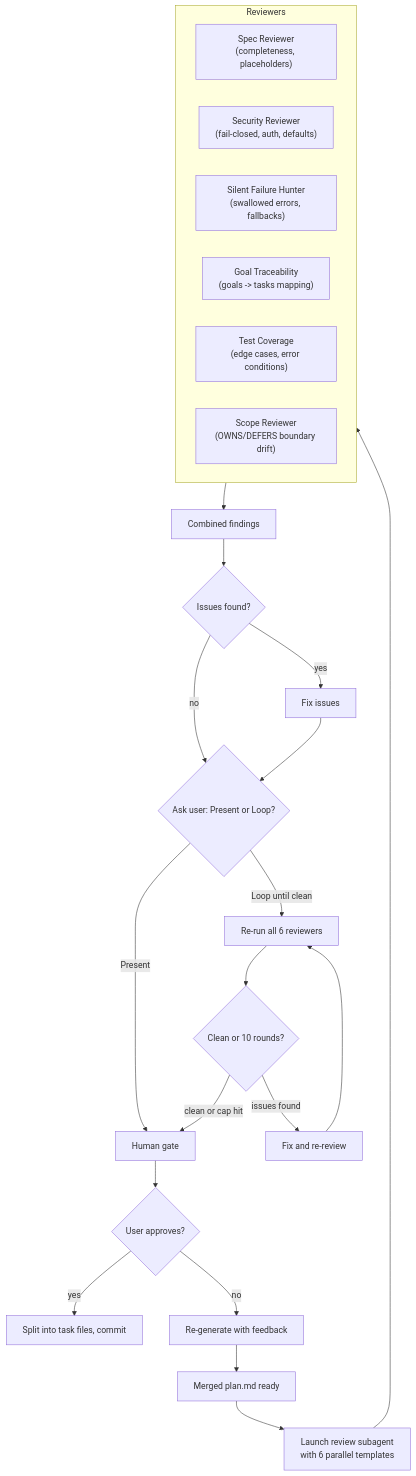
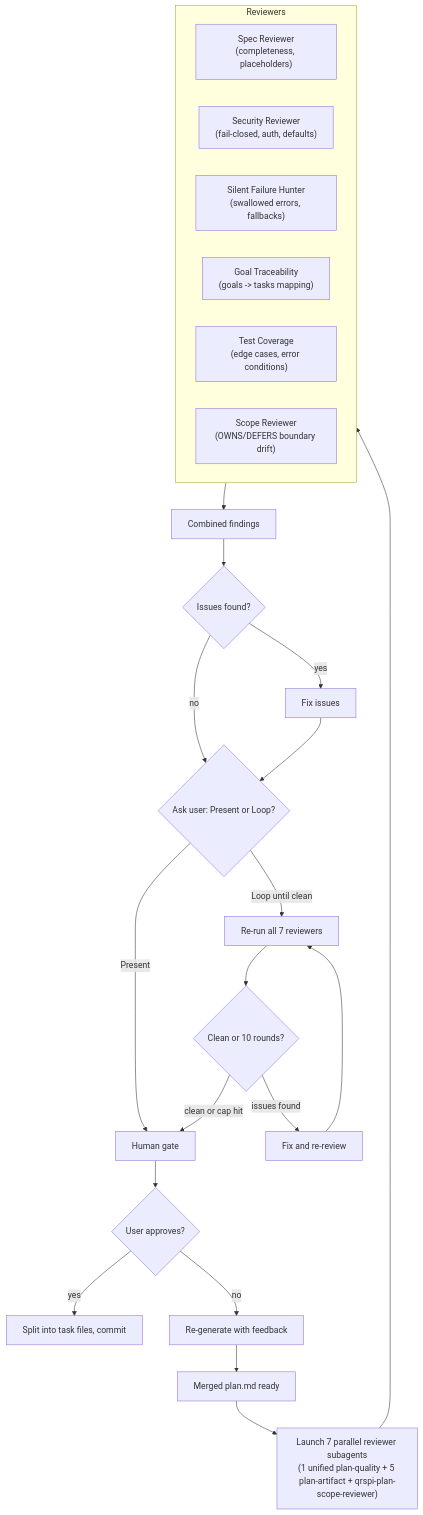
Diagram 20 of 20 in README.md (dfrysinger/qrspi-plus), drawn with Mermaid before and after one commit. The commit also changed other lines of this file and 113 other files, not shown here.

Commit message:
v0.5: #110 — all subagents in agent files (design spec) (#124)

````diff
--- a/README.md
+++ b/README.md
@@ -531,30 +531,30 @@
 ```mermaid
 flowchart TD
-    A["Merged plan.md ready"] --> B["Launch review subagent<br>with 6 parallel templates"]
+    A["Merged plan.md ready"] --> B["Launch 7 parallel reviewer subagents<br>(1 unified plan-quality + 5 plan-artifact + qrspi-plan-scope-reviewer)"]
 
     subgraph reviewers["Reviewers"]
         R1["Spec Reviewer<br>(completeness, placeholders)"]
         R2["Security Reviewer<br>(fail-closed, auth, defaults)"]
         R3["Silent Failure Hunter<br>(swallowed errors, fallbacks)"]
         R4["Goal Traceability<br>(goals -> tasks mapping)"]
         R5["Test Coverage<br>(edge cases, error conditions)"]
         R6["Scope Reviewer<br>(OWNS/DEFERS boundary drift)"]
     end
 
     B --> reviewers
     reviewers --> C[Combined findings]
     C --> D{Issues found?}
     D -->|no| E{Ask user: Present or Loop?}
     D -->|yes| F[Fix issues]
     F --> E
     E -->|Present| G[Human gate]
-    E -->|Loop until clean| H[Re-run all 6 reviewers]
+    E -->|Loop until clean| H[Re-run all 7 reviewers]
     H --> I{Clean or 10 rounds?}
     I -->|clean or cap hit| G
     I -->|issues found| J[Fix and re-review]
     J --> H
     G --> K{User approves?}
     K -->|yes| L[Split into task files, commit]
     K -->|no| M[Re-generate with feedback]
     M --> A
 ```
````
